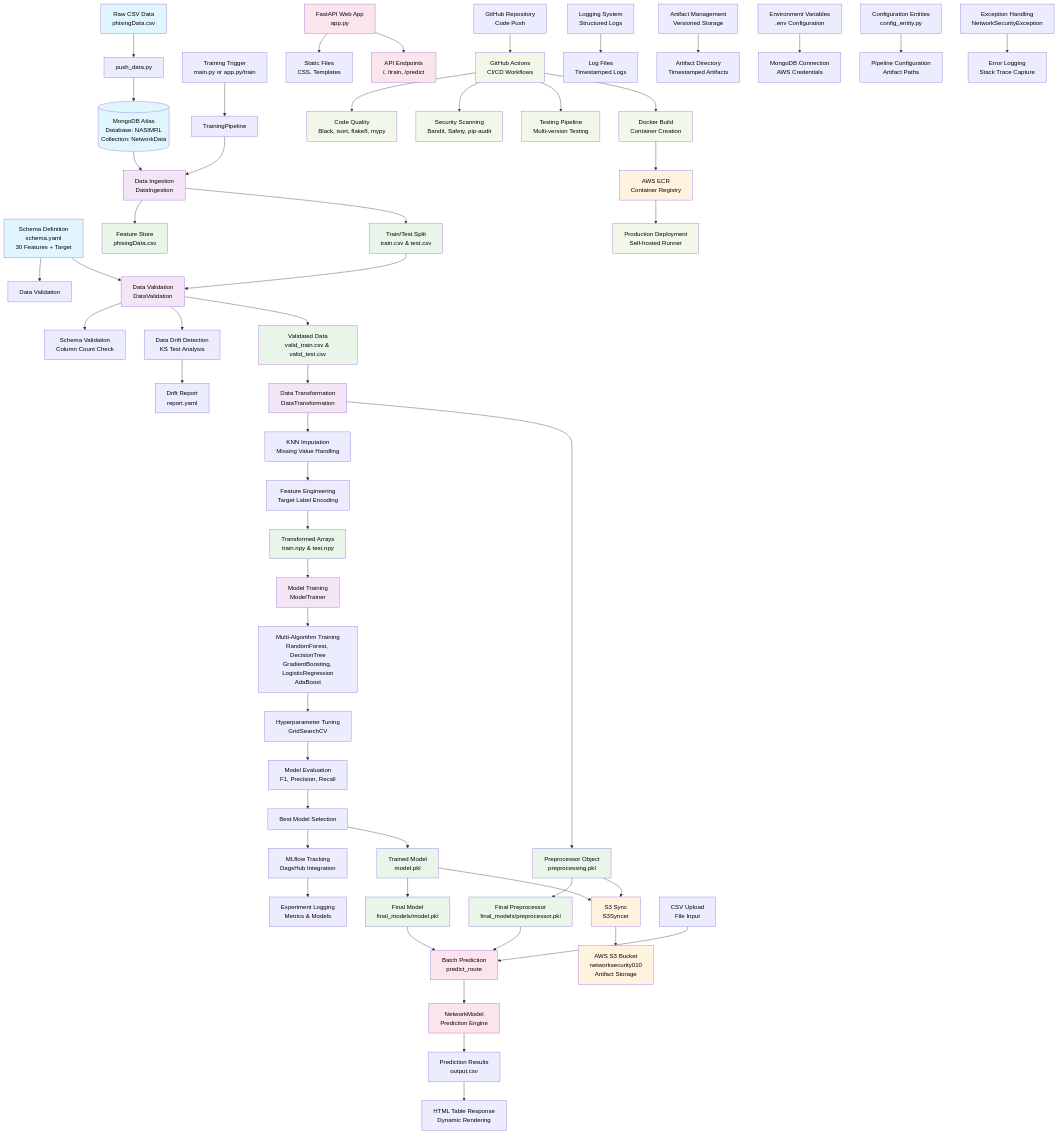
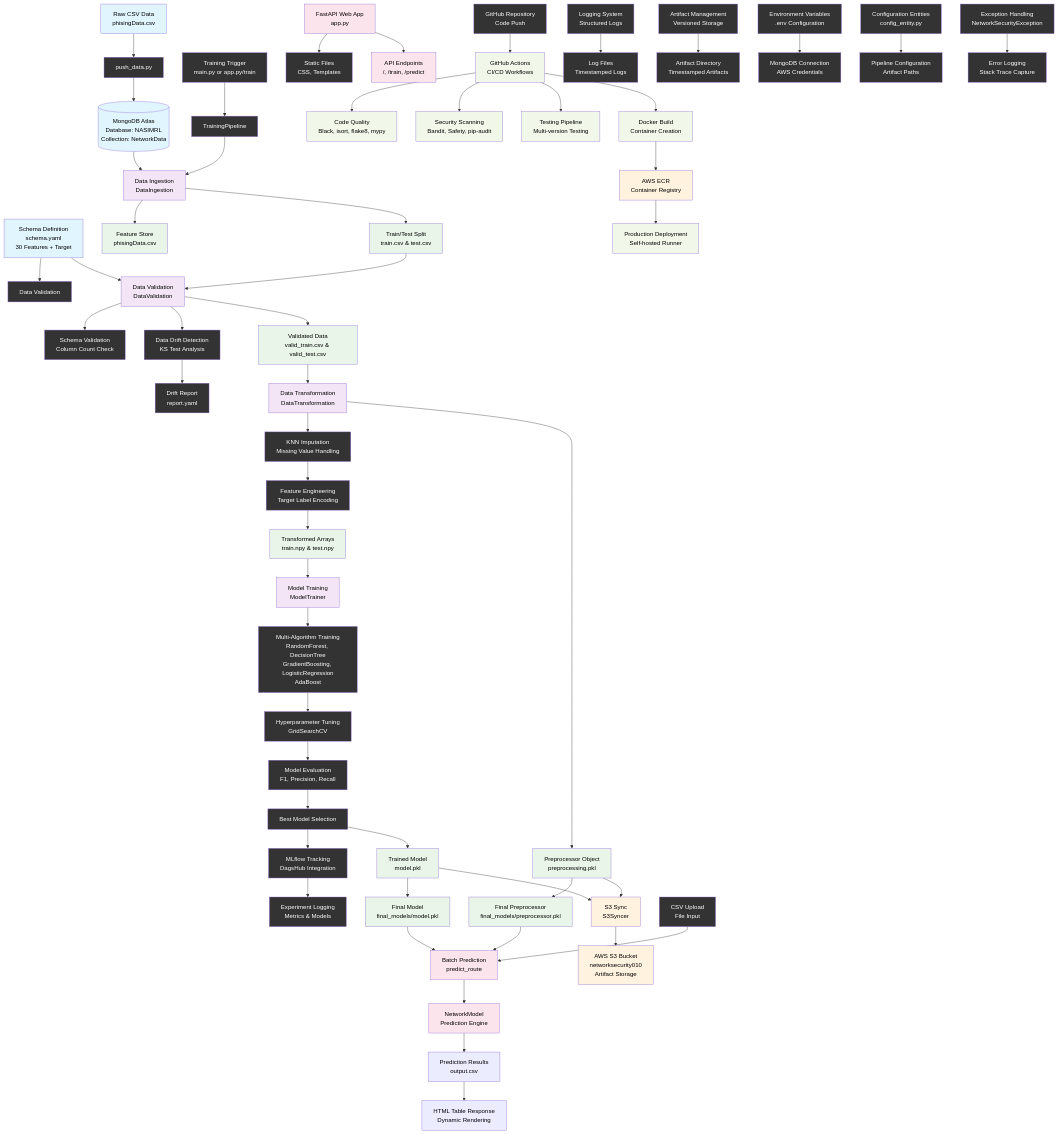
Before and after one commit to nasim-raj-laskar/Net-Sec: the diagram in README.md, drawn with Mermaid.

Commit message:
Data Flow

````diff
--- a/README.md
+++ b/README.md
@@ -118,13 +118,14 @@
     %% Exception Handling
     EEE[Exception Handling<br/>NetworkSecurityException] --> FFF[Error Logging<br/>Stack Trace Capture]
     
-    %% Styling with black text
+    %% Styling - light backgrounds get black text, dark backgrounds get white text
     classDef dataSource fill:#e1f5fe,color:#000000
     classDef component fill:#f3e5f5,color:#000000
     classDef artifact fill:#e8f5e8,color:#000000
     classDef cloud fill:#fff3e0,color:#000000
     classDef webapp fill:#fce4ec,color:#000000
     classDef cicd fill:#f1f8e9,color:#000000
+    classDef darkBox fill:#333333,color:#ffffff
     classDef default color:#000000
     
     class A,C,D dataSource
@@ -133,5 +134,6 @@
     class EE,FF,UU cloud
     class GG,II,KK,LL webapp
     class PP,QQ,RR,SS,TT,VV cicd
+    class B,E,F,G,L,M,N,Q,R,V,W,X,Y,Z,AA,HH,JJ,OO,WW,XX,YY,ZZ,AAA,BBB,CCC,DDD,EEE,FFF darkBox
 
 ```
````
